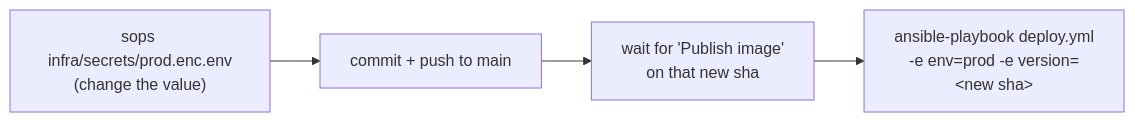
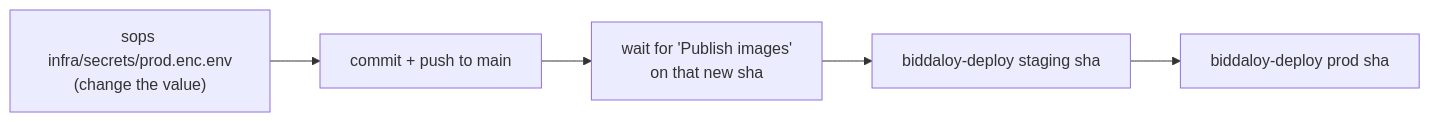
Diagram 12 of 12 in docs/architecture/12-operations.md (tareq89/biddaloy), drawn with Mermaid before and after one commit. The commit also changed other lines of this file and 9 other files, not shown here.

````diff
--- a/docs/architecture/12-operations.md
+++ b/docs/architecture/12-operations.md
@@ -676,6 +773,7 @@
 ```mermaid
 flowchart LR
   E["sops infra/secrets/prod.enc.env<br/>(change the value)"] --> C["commit + push to main"]
-  C --> V["wait for 'Publish image'<br/>on that new sha"]
-  V --> D["ansible-playbook deploy.yml<br/>-e env=prod -e version=&lt;new sha&gt;"]
+  C --> V["wait for 'Publish images'<br/>on that new sha"]
+  V --> S["biddaloy-deploy staging sha"]
+  S --> D["biddaloy-deploy prod sha"]
 ```
````
